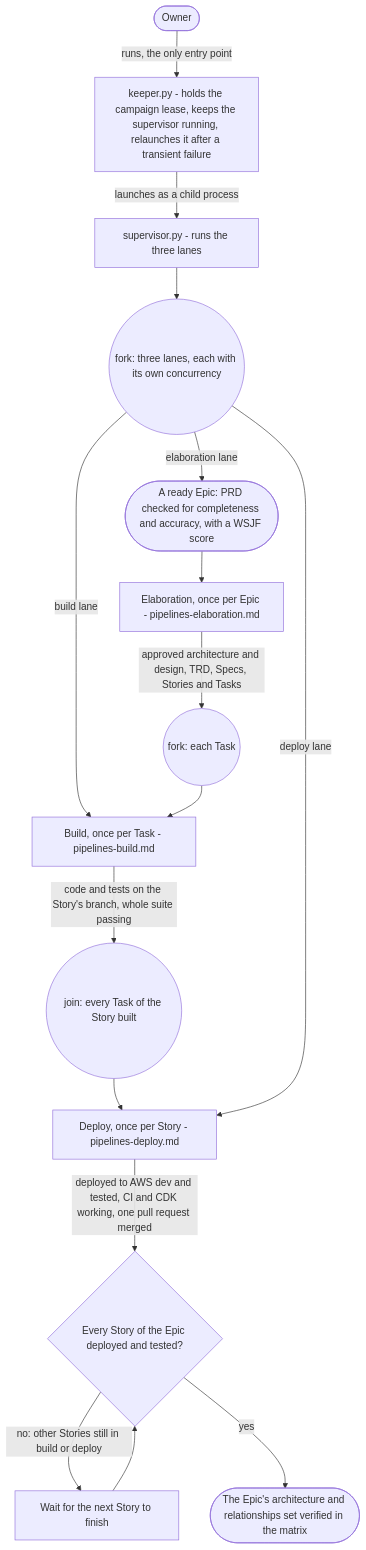
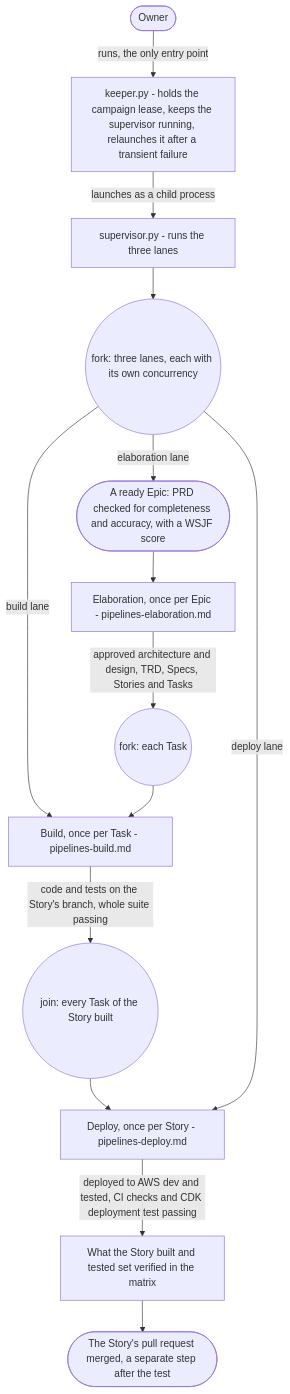
One commit to mark-satterfield/toolset changed the first of 2 diagrams in plugins/agent-teams-workforce/blueprint/design/pipelines.md. Above: the diagram before and after it, drawn with Mermaid. The commit also changed other lines of this file and 9 other files, not shown here.

````diff
--- a/plugins/agent-teams-workforce/blueprint/design/pipelines.md
+++ b/plugins/agent-teams-workforce/blueprint/design/pipelines.md
@@ -64,18 +64,16 @@
 ```mermaid
 flowchart TD
     owner(["Owner"]) -->|"runs, the only entry point"| keeper["keeper.py - holds the campaign lease, keeps the supervisor running, relaunches it after a transient failure"]
     keeper -->|"launches as a child process"| sup["supervisor.py - runs the three lanes"]
     sup --> fork0(("fork: three lanes, each with its own concurrency"))
     fork0 -->|"elaboration lane"| ready(["A ready Epic: PRD checked for completeness and accuracy, with a WSJF score"])
     ready --> elab["Elaboration, once per Epic - pipelines-elaboration.md"]
     elab -->|"approved architecture and design, TRD, Specs, Stories and Tasks"| fork1(("fork: each Task"))
     fork0 -->|"build lane"| build
     fork1 --> build["Build, once per Task - pipelines-build.md"]
     build -->|"code and tests on the Story's branch, whole suite passing"| join1(("join: every Task of the Story built"))
     join1 --> deploy["Deploy, once per Story - pipelines-deploy.md"]
     fork0 -->|"deploy lane"| deploy
-    deploy -->|"deployed to AWS dev and tested, CI and CDK working, one pull request merged"| allS{"Every Story of the Epic deployed and tested?"}
-    allS -->|"no: other Stories still in build or deploy"| waitS["Wait for the next Story to finish"]
-    waitS --> allS
-    allS -->|"yes"| ver(["The Epic's architecture and relationships set verified in the matrix"])
+    deploy -->|"deployed to AWS dev and tested, CI checks and CDK deployment test passing"| ver["What the Story built and tested set verified in the matrix"]
+    ver --> merged(["The Story's pull request merged, a separate step after the test"])
 ```
````
